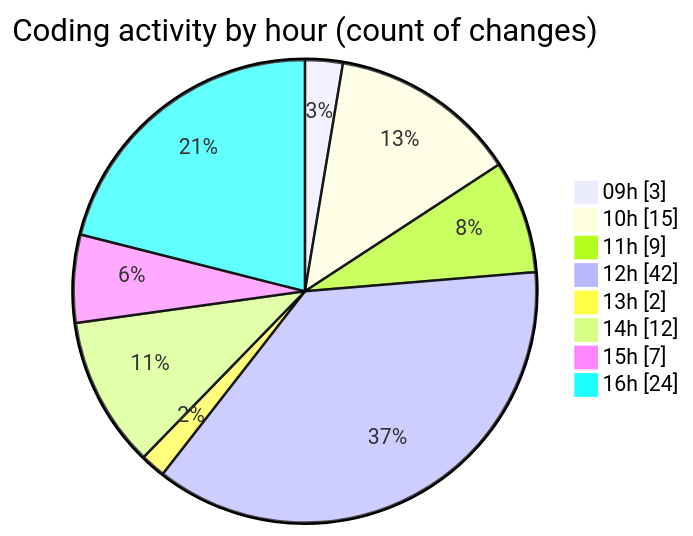
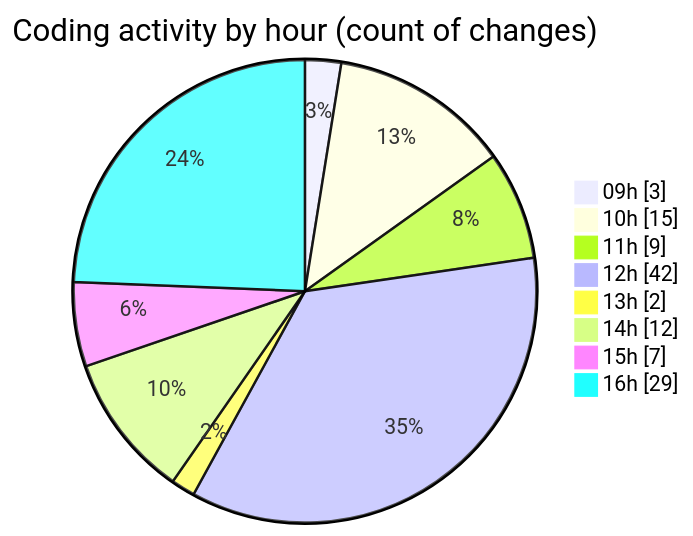
One commit to momahboobian/code-tracking changed the second of 2 diagrams in 2026-11-03/cda/README.md. Above: the diagram before and after it, drawn with Mermaid. The commit also changed other lines of this file and 1 other file, not shown here.

````diff
--- a/2026-11-03/cda/README.md
+++ b/2026-11-03/cda/README.md
@@ -61,12 +61,12 @@
 ```mermaid
 pie showData
 title Coding activity by hour (count of changes)
 "09h" : 3
 "10h" : 15
 "11h" : 9
 "12h" : 42
 "13h" : 2
 "14h" : 12
 "15h" : 7
-"16h" : 24
+"16h" : 29
 ```
````
